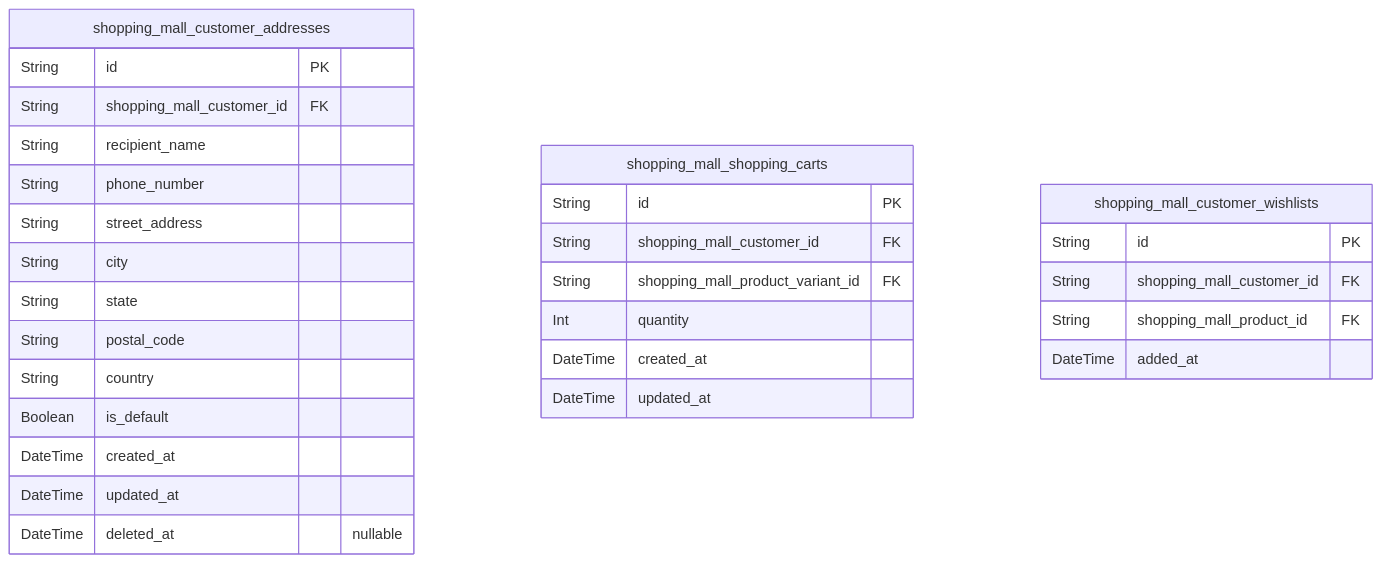
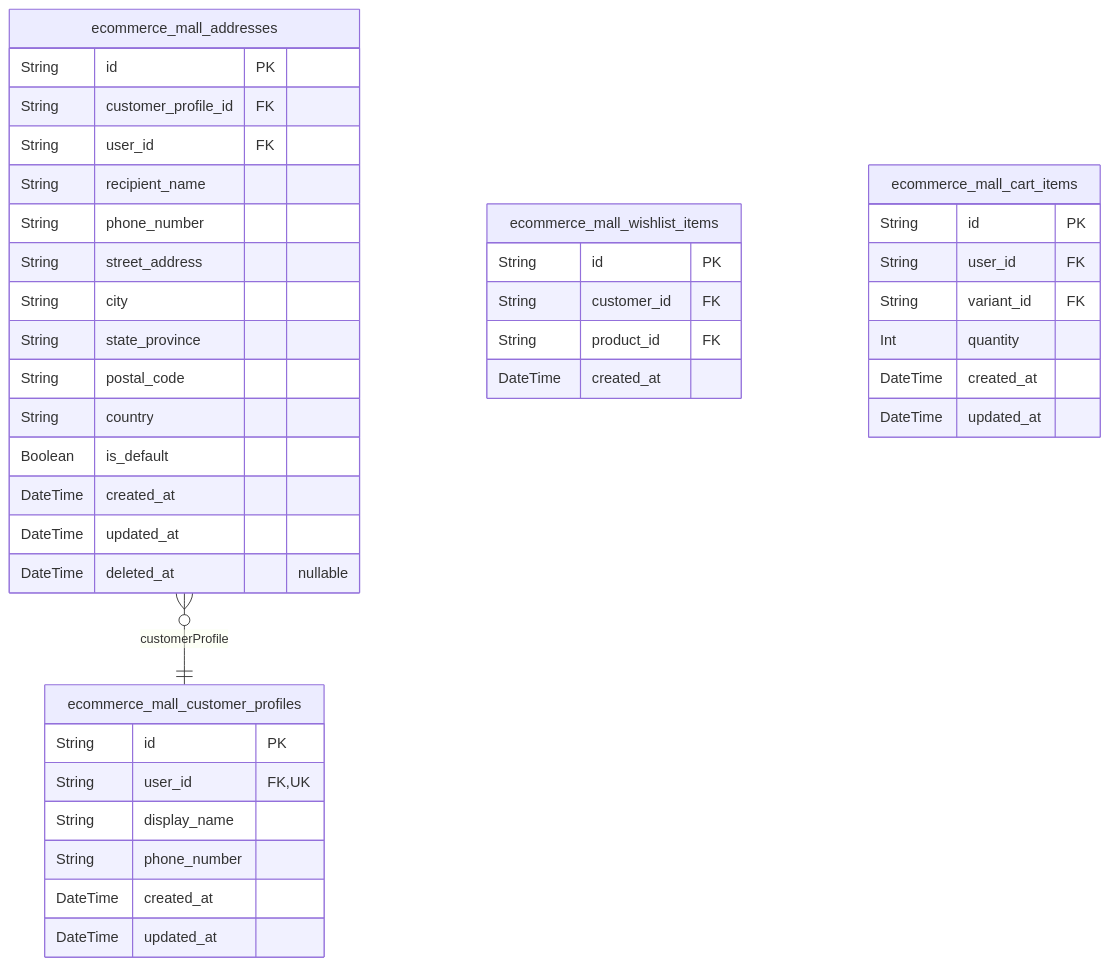
One commit to wrtnlabs/autobe-examples changed the third of 11 diagrams in qwen/qwen3-coder-next/shopping/docs/ERD.md. Above: the diagram before and after it, drawn with Mermaid. The commit also changed other lines of this file and 13530 other files, not shown here.

````diff
--- a/qwen/qwen3-coder-next/shopping/docs/ERD.md
+++ b/qwen/qwen3-coder-next/shopping/docs/ERD.md
@@ -596,32 +858,42 @@
 ```mermaid
 erDiagram
-"shopping_mall_customer_addresses" {
+"ecommerce_mall_customer_profiles" {
   String id PK
-  String shopping_mall_customer_id FK
+  String user_id FK,UK
+  String display_name
+  String phone_number
+  DateTime created_at
+  DateTime updated_at
+}
+"ecommerce_mall_addresses" {
+  String id PK
+  String customer_profile_id FK
+  String user_id FK
   String recipient_name
   String phone_number
   String street_address
   String city
-  String state
+  String state_province
   String postal_code
   String country
   Boolean is_default
   DateTime created_at
   DateTime updated_at
   DateTime deleted_at "nullable"
 }
-"shopping_mall_shopping_carts" {
+"ecommerce_mall_wishlist_items" {
   String id PK
-  String shopping_mall_customer_id FK
-  String shopping_mall_product_variant_id FK
+  String customer_id FK
+  String product_id FK
+  DateTime created_at
+}
+"ecommerce_mall_cart_items" {
+  String id PK
+  String user_id FK
+  String variant_id FK
   Int quantity
   DateTime created_at
   DateTime updated_at
 }
-"shopping_mall_customer_wishlists" {
-  String id PK
-  String shopping_mall_customer_id FK
-  String shopping_mall_product_id FK
-  DateTime added_at
-}
+"ecommerce_mall_addresses" }o--|| "ecommerce_mall_customer_profiles" : customerProfile
 ```
````
